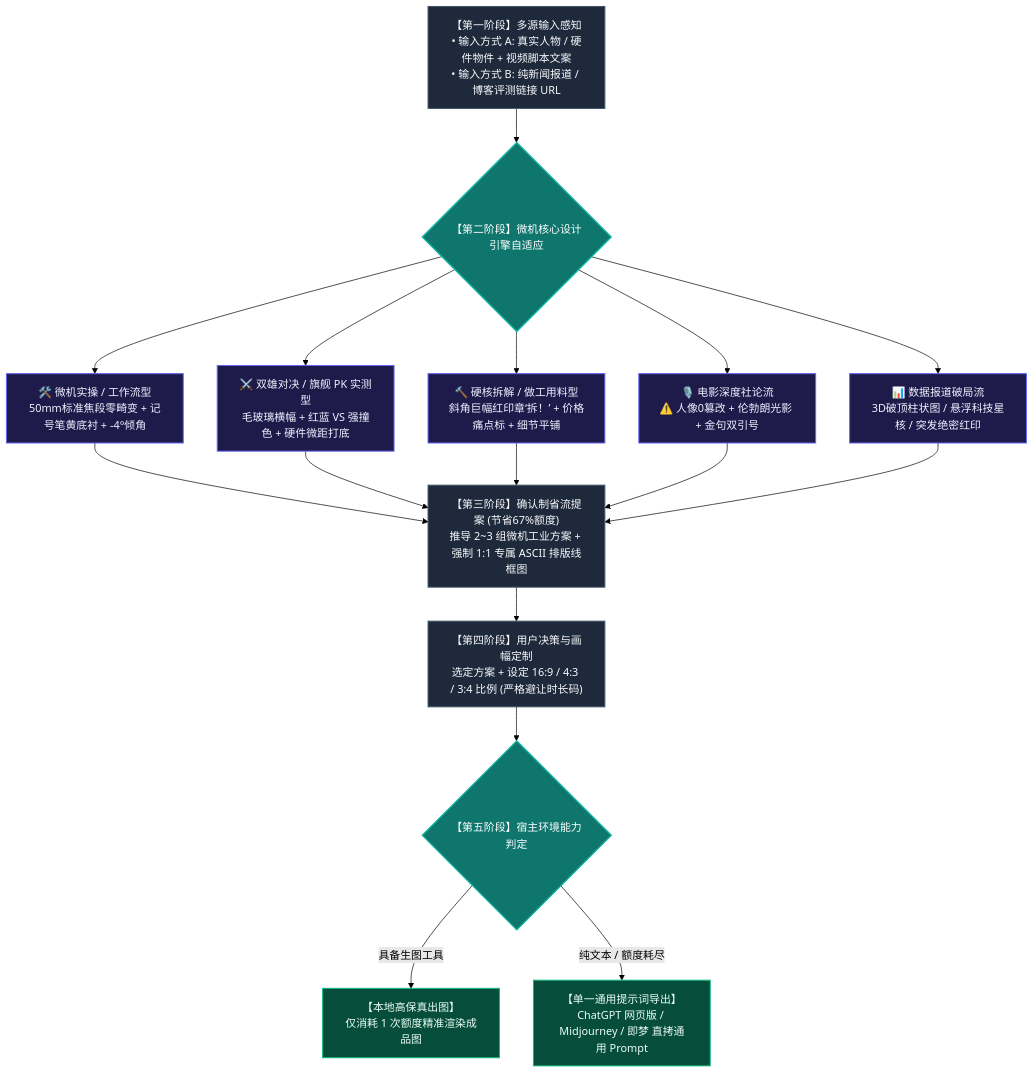
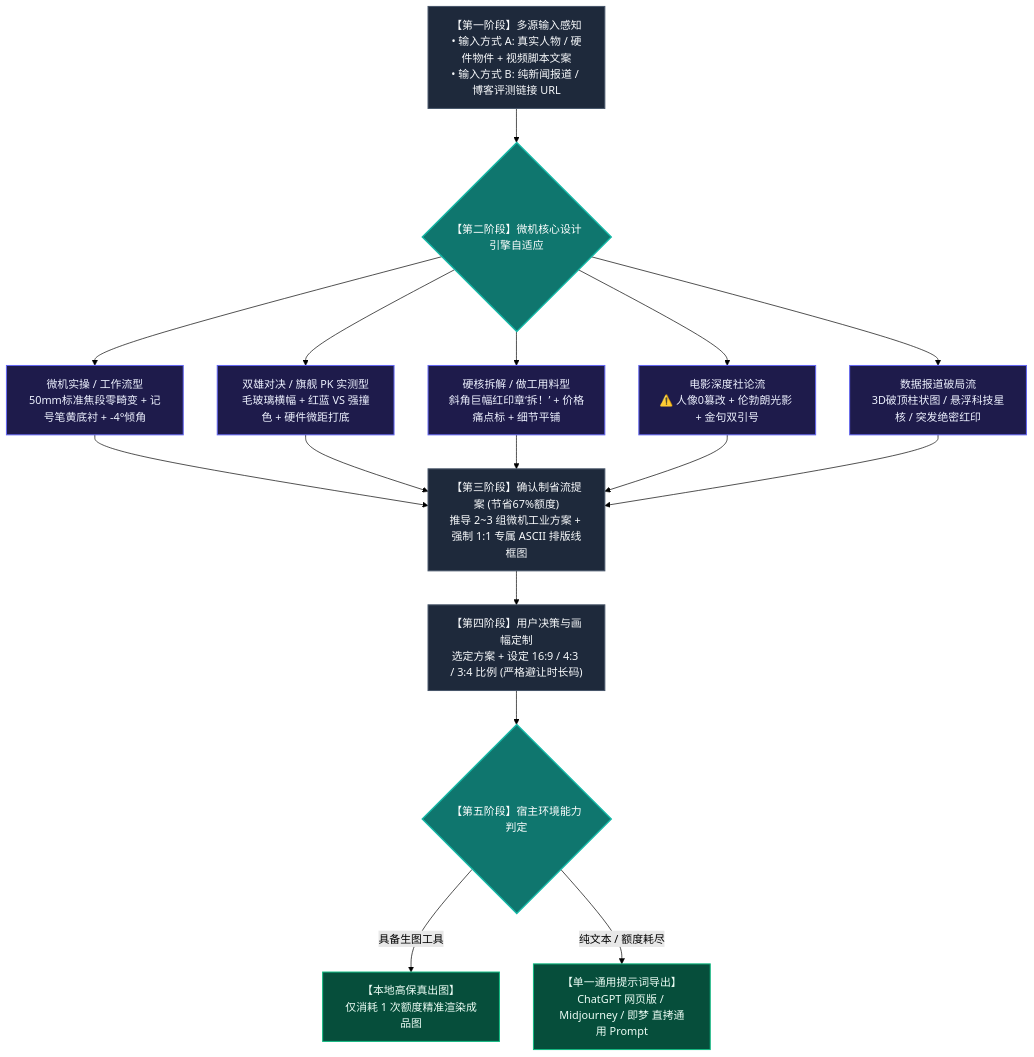
The diagram in README.md (XuBeiYou408/video-cover-designer), drawn with Mermaid (forest theme) before and after one commit. The commit also changed other lines of this file, not shown here.

````diff
--- a/README.md
+++ b/README.md
@@ -9,33 +9,33 @@
 ```mermaid
 flowchart TD
     A["【第一阶段】多源输入感知<br>• 输入方式 A: 真实人物 / 硬件物件 + 视频脚本文案<br>• 输入方式 B: 纯新闻报道 / 博客评测链接 URL"]
     --> B{"【第二阶段】微机核心设计引擎自适应"}
 
-    B --> C1["🛠️ 微机实操 / 工作流型<br>50mm标准焦段零畸变 + 记号笔黄底衬 + -4°倾角"]
-    B --> C2["⚔️ 双雄对决 / 旗舰 PK 实测型<br>毛玻璃横幅 + 红蓝 VS 强撞色 + 硬件微距打底"]
-    B --> C3["🔨 硬核拆解 / 做工用料型<br>斜角巨幅红印章‘拆！’ + 价格痛点标 + 细节平铺"]
-    B --> C4["🎙️ 电影深度社论流<br>⚠️ 人像0篡改 + 伦勃朗光影 + 金句双引号"]
-    B --> C5["📊 数据报道破局流<br>3D破顶柱状图 / 悬浮科技星核 / 突发绝密红印"]
+    B --> C1[" 微机实操 / 工作流型<br>50mm标准焦段零畸变 + 记号笔黄底衬 + -4°倾角"]
+    B --> C2[" 双雄对决 / 旗舰 PK 实测型<br>毛玻璃横幅 + 红蓝 VS 强撞色 + 硬件微距打底"]
+    B --> C3[" 硬核拆解 / 做工用料型<br>斜角巨幅红印章‘拆！’ + 价格痛点标 + 细节平铺"]
+    B --> C4[" 电影深度社论流<br>⚠️ 人像0篡改 + 伦勃朗光影 + 金句双引号"]
+    B --> C5[" 数据报道破局流<br>3D破顶柱状图 / 悬浮科技星核 / 突发绝密红印"]
 
     C1 --> D["【第三阶段】确认制省流提案 (节省67%额度)<br>推导 2~3 组微机工业方案 + 强制 1:1 专属 ASCII 排版线框图"]
     C2 --> D
     C3 --> D
     C4 --> D
     C5 --> D
 
     D --> E["【第四阶段】用户决策与画幅定制<br>选定方案 + 设定 16:9 / 4:3 / 3:4 比例 (严格避让时长码)"]
 
     E --> F{"【第五阶段】宿主环境能力判定"}
     F -->|具备生图工具| G["【本地高保真出图】<br>仅消耗 1 次额度精准渲染成品图"]
     F -->|纯文本 / 额度耗尽| H["【单一通用提示词导出】<br>ChatGPT 网页版 / Midjourney / 即梦 直拷通用 Prompt"]
 
     classDef stage fill:#1E293B,stroke:#475569,color:#F8FAFC,stroke-width:1.5px;
     classDef decision fill:#0F766E,stroke:#14B8A6,color:#FFFFFF,stroke-width:2px;
     classDef engine fill:#1E1B4B,stroke:#6366F1,color:#EEF2FF,stroke-width:1.5px;
     classDef output fill:#064E3B,stroke:#10B981,color:#ECFDF5,stroke-width:1.5px;
 
     class A,D,E stage;
     class B,F decision;
     class C1,C2,C3,C4,C5 engine;
     class G,H output;
 ```
````
